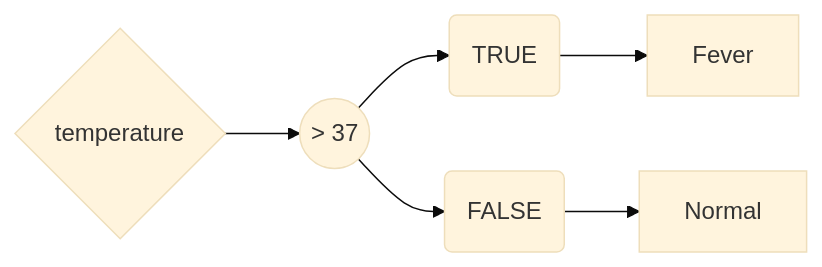
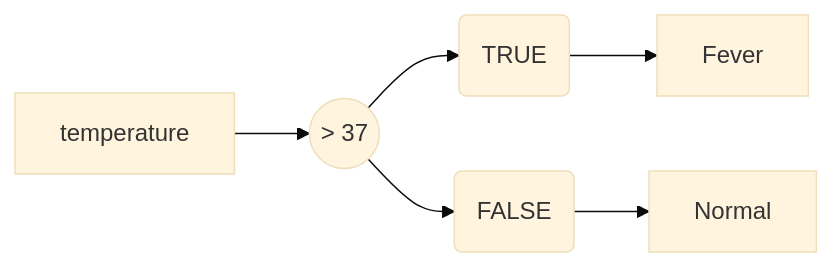
The first of 4 diagrams in ioc_r/week04/r_w04_slides.qmd (InforBio/ioc-r-2026), drawn with Mermaid (base theme) before and after one commit. The commit also changed other lines of this file, not shown here.

Commit message:
fix: mermaid in slides #4

````diff
--- a/ioc_r/week04/r_w04_slides.qmd
+++ b/ioc_r/week04/r_w04_slides.qmd
@@ -334,10 +334,10 @@
 ```{mermaid}
 %%| echo: false
 %%| fig-width: 10
 flowchart LR
-  AA{temperature} --> A((> 37))
+  AA[temperature] --> A(("> 37"))
   A --> B(TRUE)
   A --> C(FALSE)
   B --> D[Fever]
   C --> E[Normal]
 ```
````
